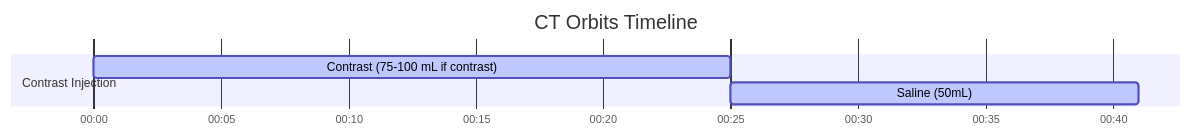
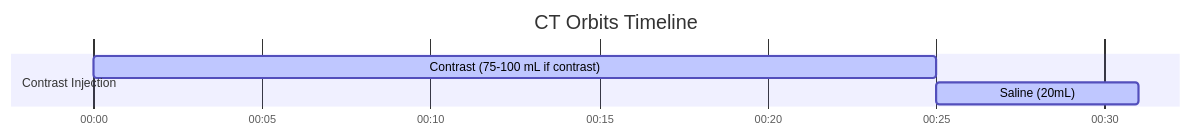
The diagram in docs/ct/neuro/ct-orbits.md (dfergs93/radiology-protocols), drawn with Mermaid before and after one commit. The commit also changed other lines of this file and 113 other files, not shown here.

````diff
--- a/docs/ct/neuro/ct-orbits.md
+++ b/docs/ct/neuro/ct-orbits.md
@@ -81,14 +82,14 @@
   ```mermaid
   ---
   config:
     theme: default
   ---
     gantt
       title CT Orbits Timeline
       dateFormat mm:ss
       axisFormat %M:%S 
       
       section Contrast Injection
       Contrast (75-100 mL if contrast)    :active, contrast, 00:00, 25s
-      Saline (50mL)          :active, saline, after contrast, 16s
+      Saline (20mL)          :active, saline, after contrast, 6s
   ```
````
